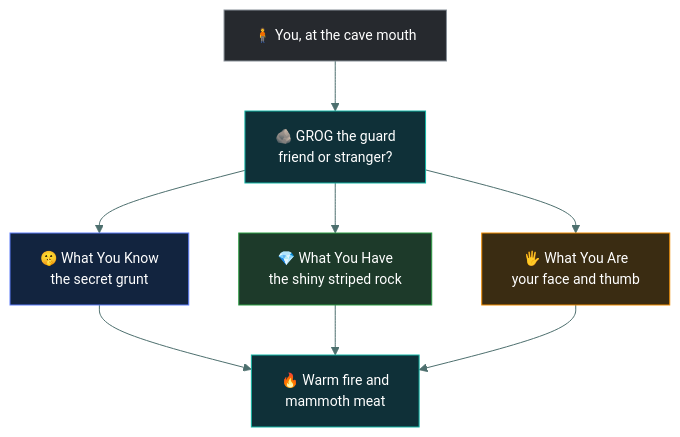
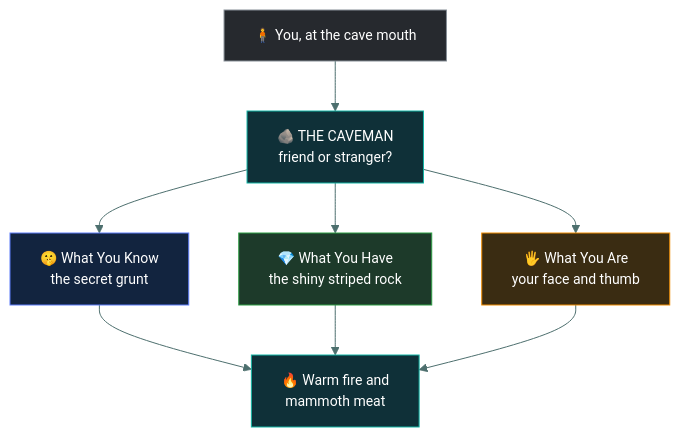
One commit to tarunTejaDesireddy/cc-exam-prep changed the first of 3 diagrams in 01-security-principles/authentication/README.md. Above: the diagram before and after it, drawn with Mermaid. The commit also changed other lines of this file and 1 other file, not shown here.

First line of the commit message:
Rename the guard from Grog to the caveman

````diff
--- a/01-security-principles/authentication/README.md
+++ b/01-security-principles/authentication/README.md
@@ -34,19 +35,19 @@
 ```mermaid
 %%{init: {'theme':'base','themeVariables':{'fontFamily':'Segoe UI, Helvetica Neue, Arial, sans-serif','fontSize':'14px','lineColor':'#4d6f6e','textColor':'#dbe7e6'}}}%%
 flowchart TD
     YOU["🧍 You, at the cave mouth"]
-    YOU --> GROG["🪨 GROG the guard<br/>friend or stranger?"]
-    GROG --> K["🤫 What You Know<br/>the secret grunt"]
-    GROG --> H["💎 What You Have<br/>the shiny striped rock"]
-    GROG --> A["🖐️ What You Are<br/>your face and thumb"]
+    YOU --> GUARD["🪨 THE CAVEMAN<br/>friend or stranger?"]
+    GUARD --> K["🤫 What You Know<br/>the secret grunt"]
+    GUARD --> H["💎 What You Have<br/>the shiny striped rock"]
+    GUARD --> A["🖐️ What You Are<br/>your face and thumb"]
     K --> IN["🔥 Warm fire and<br/>mammoth meat"]
     H --> IN
     A --> IN
 
     style YOU fill:#26292e,stroke:#868E96,color:#fff
-    style GROG fill:#0f3038,stroke:#12B5A5,color:#fff
+    style GUARD fill:#0f3038,stroke:#12B5A5,color:#fff
     style K fill:#12243f,stroke:#5C7CFA,color:#fff
     style H fill:#1d3a2a,stroke:#2F9E44,color:#fff
     style A fill:#3a2c12,stroke:#F08C00,color:#fff
     style IN fill:#0f3038,stroke:#12B5A5,color:#fff
 ```
````
